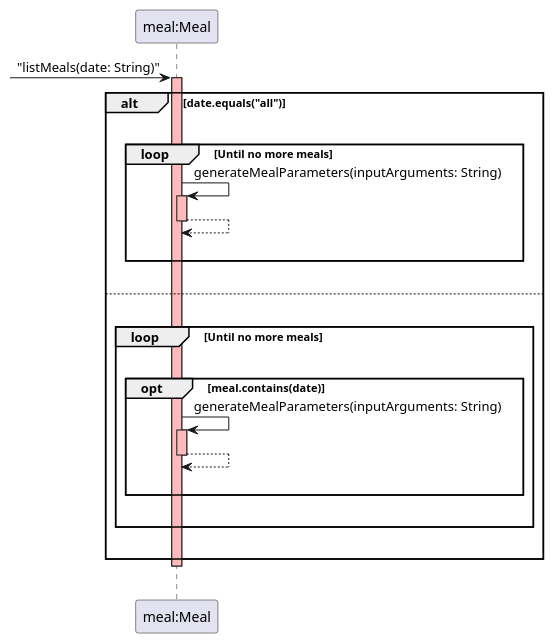
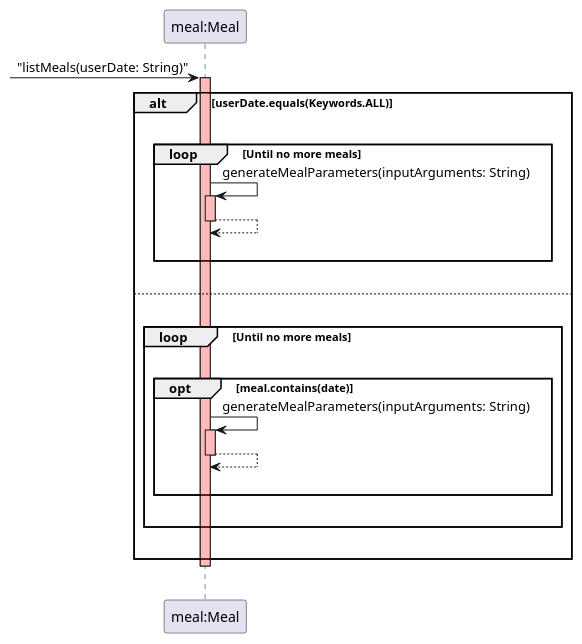
The diagram in diagrams/Meal_ListMeals_sequence.puml (teoziyiivy/tp), drawn with PlantUML before and after one commit. The commit also changed 22 other files, not shown here.

```diff
--- a/diagrams/Meal_ListMeals_sequence.puml
+++ b/diagrams/Meal_ListMeals_sequence.puml
@@ -1,31 +1,31 @@
 @startuml
 'https://plantuml.com/sequence-diagram
 participant "meal:Meal"
-    ->"meal:Meal" : "listMeals(date: String)"
+    ->"meal:Meal" : "listMeals(userDate: String)"
     activate "meal:Meal" #FFBBBB
-    alt date.equals("all")
+    alt userDate.equals(Keywords.ALL)
     |||
     loop Until no more meals
     "meal:Meal"->"meal:Meal" : generateMealParameters(inputArguments: String)
     activate "meal:Meal" #FFBBBB
     return
     |||
     end
     |||
     else
     |||
     loop Until no more meals
     |||
     opt meal.contains(date)
     "meal:Meal"->"meal:Meal" : generateMealParameters(inputArguments: String)
     activate "meal:Meal" #FFBBBB
     return
     |||
     end
     |||
     end
     |||
     end
     deactivate "meal:Meal"
     |||
 @enduml
```
